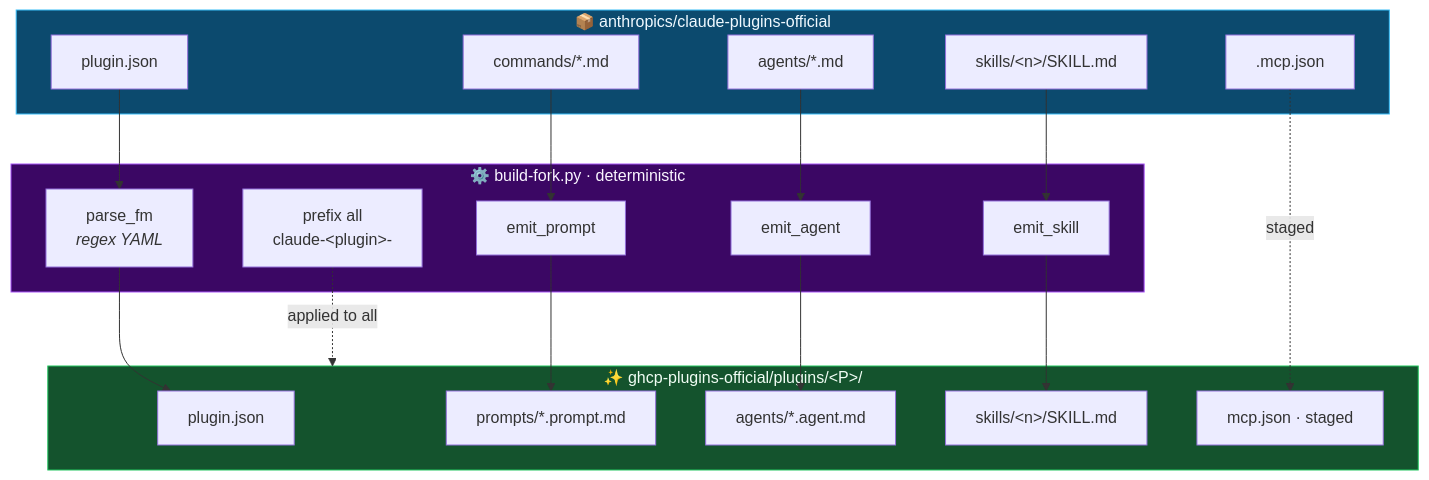
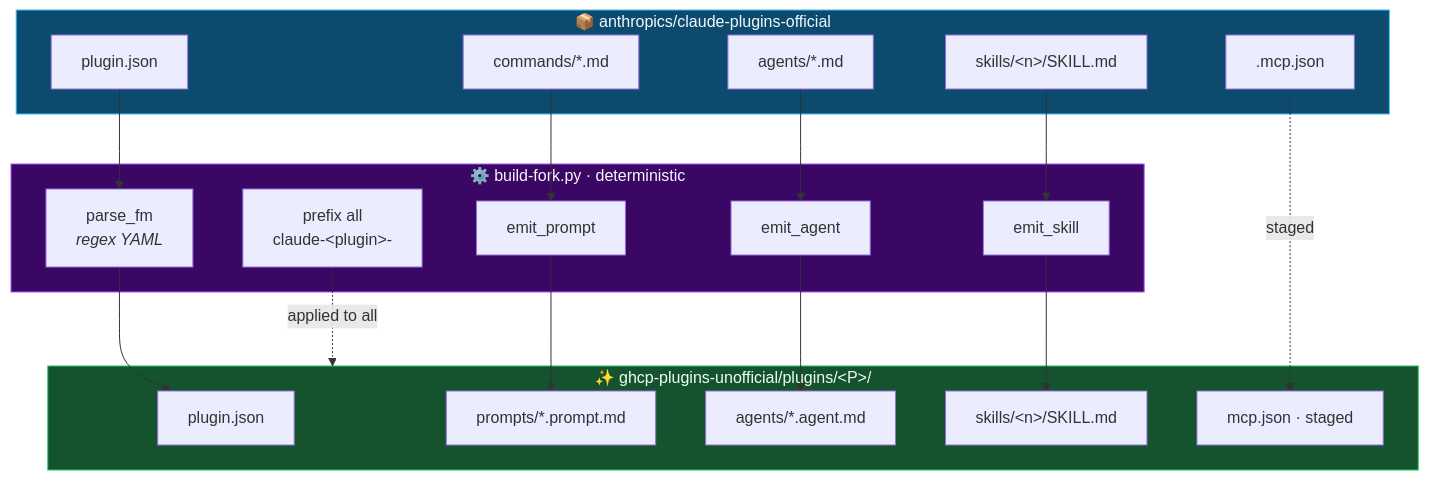
Before and after one commit to saadmsft/ghcp-plugins-unofficial: the second of 2 diagrams in README.md, drawn with Mermaid. The commit also changed other lines of this file and 12 other files, not shown here.

First line of the commit message:
rename: ghcp-plugins-official → ghcp-plugins-unofficial

````diff
--- a/README.md
+++ b/README.md
@@ -220,38 +220,38 @@
 ```mermaid
 flowchart TB
     subgraph upstream["📦 anthropics/claude-plugins-official"]
       U1[plugin.json]
       U2[commands/*.md]
       U3[agents/*.md]
       U4[skills/&lt;n&gt;/SKILL.md]
       U5[.mcp.json]
     end
 
     subgraph porter["⚙️ build-fork.py · deterministic"]
       P1[parse_fm<br/><i>regex YAML</i>]
       P2[emit_prompt]
       P3[emit_agent]
       P4[emit_skill]
       P5[prefix all<br/>claude-&lt;plugin&gt;-]
     end
 
-    subgraph fork["✨ ghcp-plugins-official/plugins/&lt;P&gt;/"]
+    subgraph fork["✨ ghcp-plugins-unofficial/plugins/&lt;P&gt;/"]
       F1[plugin.json]
       F2[prompts/*.prompt.md]
       F3[agents/*.agent.md]
       F4[skills/&lt;n&gt;/SKILL.md]
       F5[mcp.json · staged]
     end
 
     U1 --> P1
     U2 --> P2 --> F2
     U3 --> P3 --> F3
     U4 --> P4 --> F4
     U5 -.staged.-> F5
     P1 --> F1
     P5 -.applied to all.-> fork
 
     style upstream fill:#0c4a6e,stroke:#38bdf8,color:#f0f9ff
     style porter fill:#3b0764,stroke:#a855f7,color:#faf5ff
     style fork fill:#14532d,stroke:#22c55e,color:#f0fdf4
 ```
````
